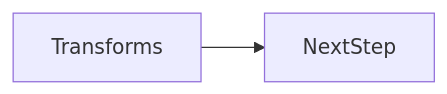
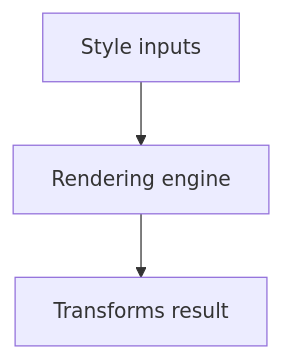
The second of 2 diagrams in docs/en/05-css/transforms/index.md (OmidJavaherii/Frontend-Engineering-Handbook), drawn with Mermaid before and after one commit. The commit also changed other lines of this file and 461 other files, not shown here.

````diff
--- a/docs/en/05-css/transforms/index.md
+++ b/docs/en/05-css/transforms/index.md
@@ -96,4 +109,5 @@
 ```mermaid
-flowchart LR
-  concept[Transforms] --> nextStep[NextStep]
+flowchart TD
+  Input[Style inputs] --> Engine[Rendering engine]
+  Engine --> Out[Transforms result]
 ```
````
